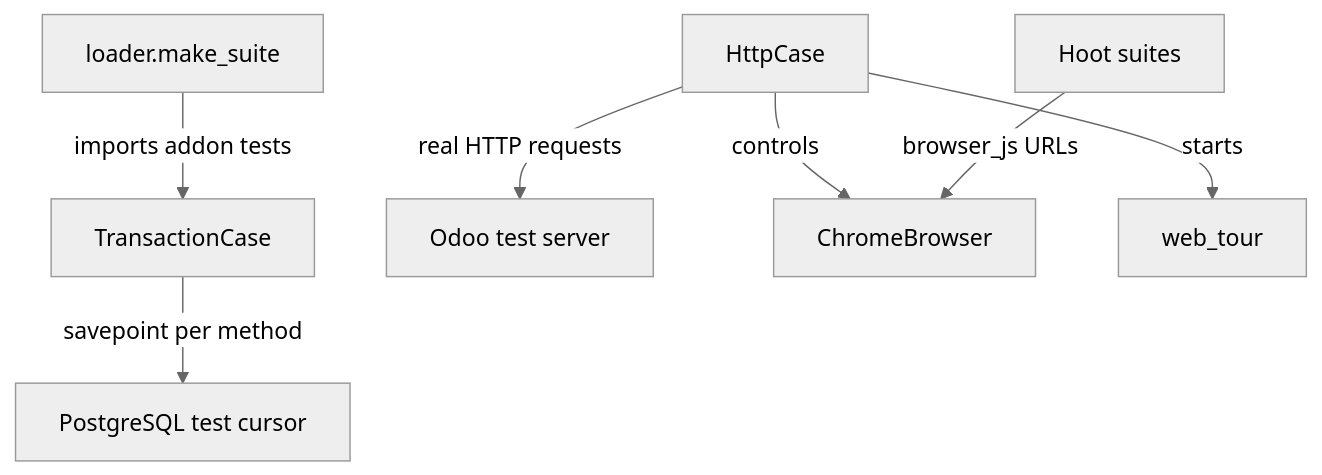
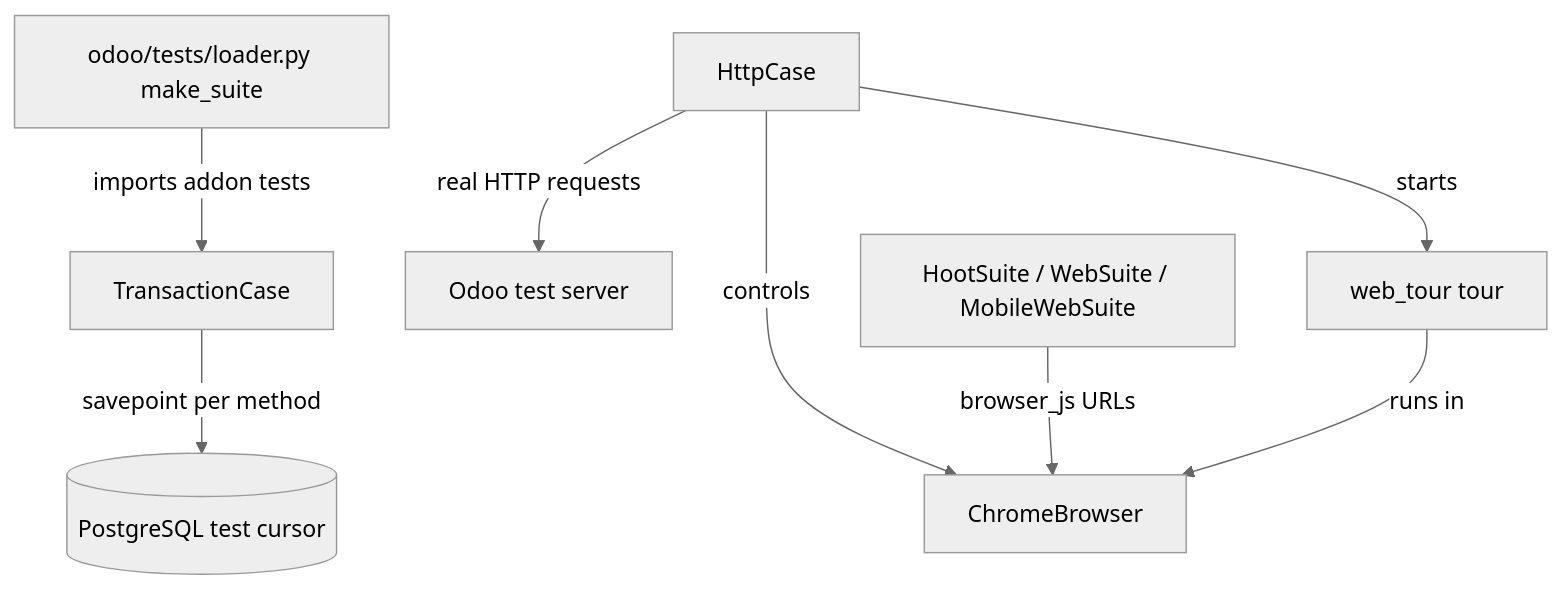
Before and after one commit to blitzy-public-samples/odoo: the diagram in droid-wiki/systems/test-framework.md, drawn with Mermaid (neutral theme). The commit also changed other lines of this file and 78 other files, not shown here.

````diff
--- a/droid-wiki/systems/test-framework.md
+++ b/droid-wiki/systems/test-framework.md
@@ -36,9 +85,10 @@
 ```mermaid
 graph TD
-    L[loader.make_suite] -->|imports addon tests| T[TransactionCase]
-    T -->|savepoint per method| DB[PostgreSQL test cursor]
-    H[HttpCase] -->|real HTTP requests| S[Odoo test server]
-    H -->|controls| C[ChromeBrowser]
-    H -->|starts| W[web_tour]
-    J[Hoot suites] -->|browser_js URLs| C
+    L["odoo/tests/loader.py make_suite"] -->|imports addon tests| T["TransactionCase"]
+    T -->|savepoint per method| DB[("PostgreSQL test cursor")]
+    H["HttpCase"] -->|real HTTP requests| S["Odoo test server"]
+    H -->|controls| C["ChromeBrowser"]
+    H -->|starts| W["web_tour tour"]
+    J["HootSuite / WebSuite / MobileWebSuite"] -->|browser_js URLs| C
+    W -->|runs in| C
 ```
````
